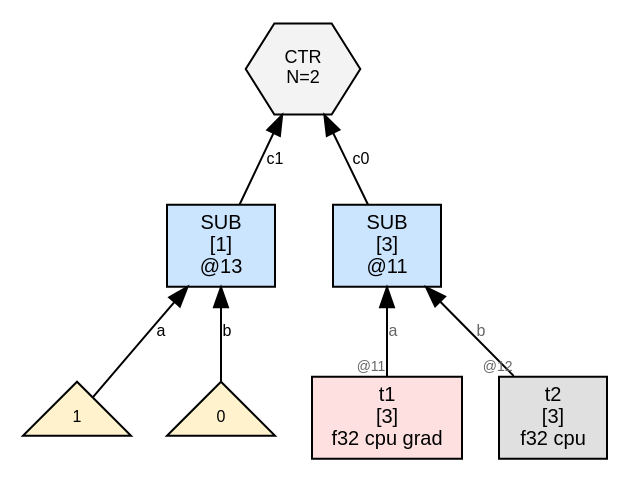
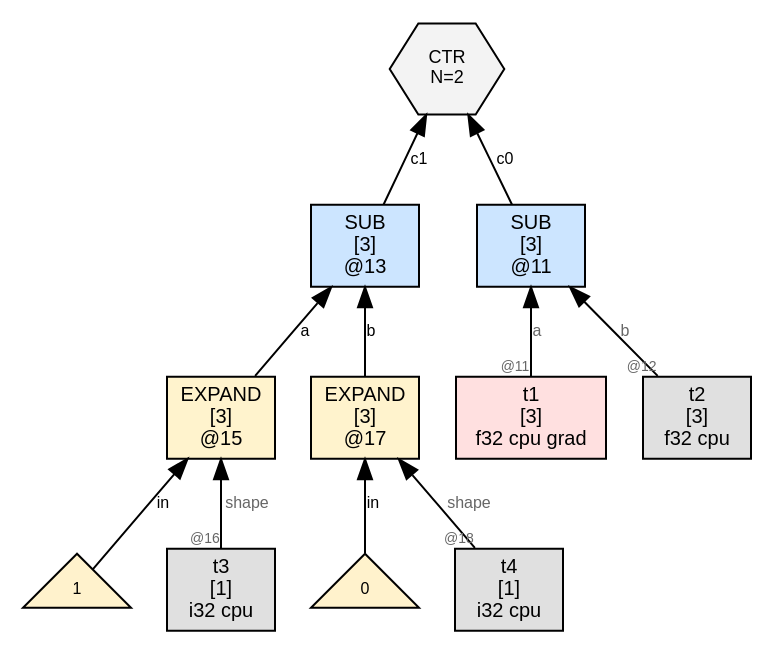
One commit to sw1sh/TinyHVM changed the diagram in wl/examples/thvm_graphs/grad_rules/sub/thvm_2_post_sweep.dot. Above: the diagram before and after it, drawn with Graphviz. The commit also changed 2087 other files, not shown here.

First line of the commit message:
grad: TEN matcher emits EXPAND(NUM, shape) for Jacobian leaves

```diff
--- a/wl/examples/thvm_graphs/grad_rules/sub/thvm_2_post_sweep.dot
+++ b/wl/examples/thvm_graphs/grad_rules/sub/thvm_2_post_sweep.dot
@@ -1,19 +1,27 @@
 digraph G {
   rankdir=BT;
   node [fontname="Helvetica", fontsize=10, style=filled, shape=box, margin="0.1,0.05"];
   edge [fontsize=8, fontname="Helvetica"];
 
   n11 [label="SUB\n[3]\n@11", shape=box, fillcolor="#cce5ff"];
   t1 [label="t1\n[3]\nf32 cpu grad",shape=box,fillcolor="#ffe0e0"];
   t1 -> n11 [label="a",taillabel="@11",labelfontsize=7,fontcolor="#666666"];
   t2 [label="t2\n[3]\nf32 cpu",shape=box,fillcolor="#e0e0e0"];
   t2 -> n11 [label="b",taillabel="@12",labelfontsize=7,fontcolor="#666666"];
-  n13 [label="SUB\n[1]\n@13", shape=box, fillcolor="#cce5ff"];
-  num13_0 [label="1",shape=triangle,fillcolor="#fff2cc",fontsize=8];
-  num13_0 -> n13 [label="a"];
-  num13_1 [label="0",shape=triangle,fillcolor="#fff2cc",fontsize=8];
-  num13_1 -> n13 [label="b"];
+  n13 [label="SUB\n[3]\n@13", shape=box, fillcolor="#cce5ff"];
+  n15 -> n13 [label="a"];
+  n17 -> n13 [label="b"];
   ctr6 [label="CTR\nN=2", shape=hexagon, fillcolor="#f3f3f3", fontsize=9];
   n11 -> ctr6 [label="c0"];
   n13 -> ctr6 [label="c1"];
+  n15 [label="EXPAND\n[3]\n@15", shape=box, fillcolor="#fff3cd"];
+  num15_0 [label="1",shape=triangle,fillcolor="#fff2cc",fontsize=8];
+  num15_0 -> n15 [label="in"];
+  t3 [label="t3\n[1]\ni32 cpu",shape=box,fillcolor="#e0e0e0"];
+  t3 -> n15 [label="shape",taillabel="@16",labelfontsize=7,fontcolor="#666666"];
+  n17 [label="EXPAND\n[3]\n@17", shape=box, fillcolor="#fff3cd"];
+  num17_0 [label="0",shape=triangle,fillcolor="#fff2cc",fontsize=8];
+  num17_0 -> n17 [label="in"];
+  t4 [label="t4\n[1]\ni32 cpu",shape=box,fillcolor="#e0e0e0"];
+  t4 -> n17 [label="shape",taillabel="@18",labelfontsize=7,fontcolor="#666666"];
 }
```
